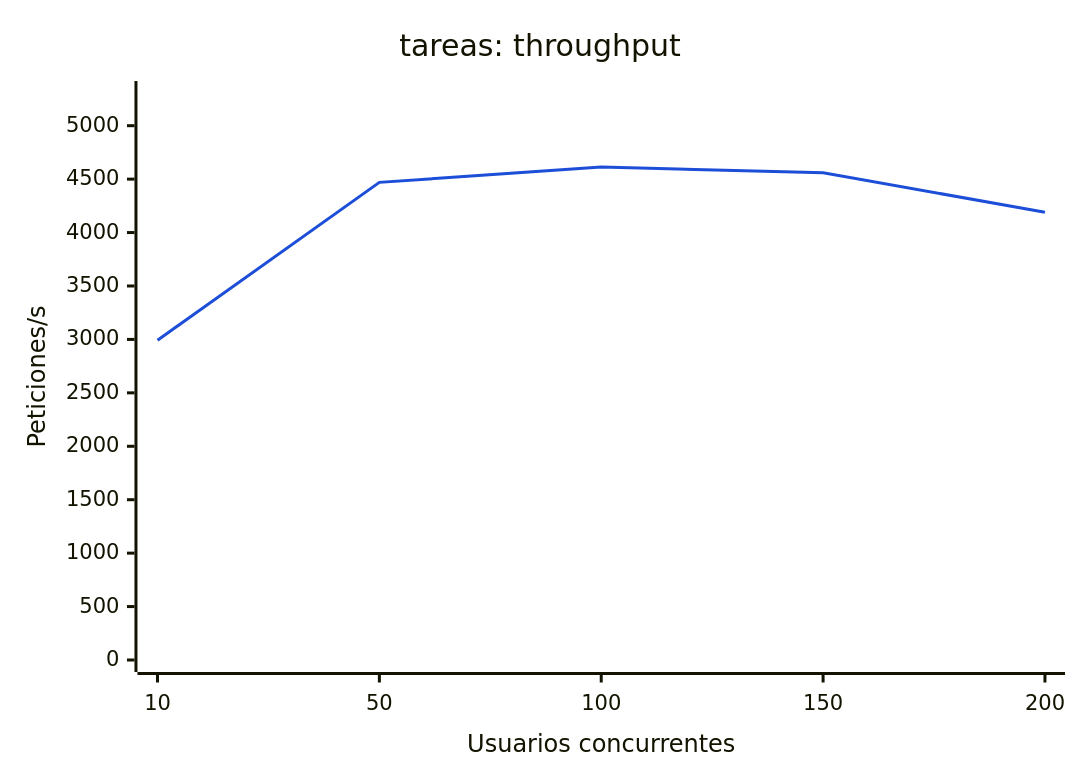
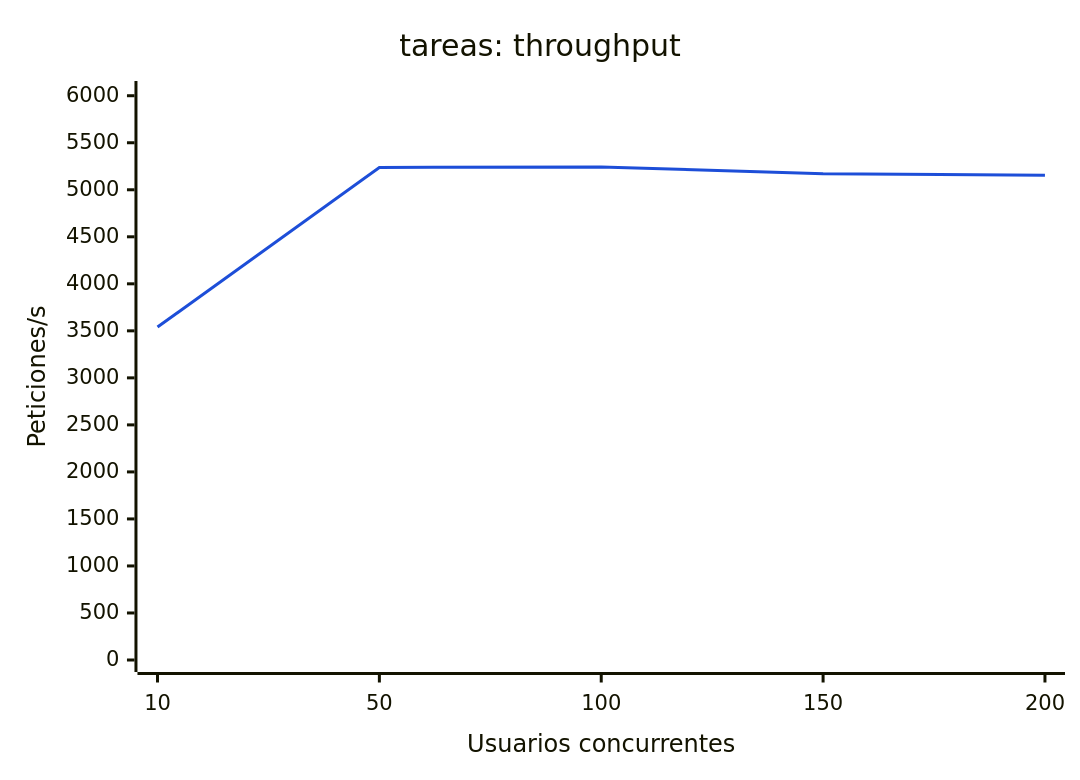
Before and after one commit to JuanVargas0325/Prueba: the fifth of 6 diagrams in pruebas-carga/resultados/resumen.md, drawn with Mermaid. The commit also changed other lines of this file and 110 other files, not shown here.

````diff
--- a/pruebas-carga/resultados/resumen.md
+++ b/pruebas-carga/resultados/resumen.md
@@ -73,8 +73,8 @@
 ```mermaid
 %%{init: {"themeVariables": {"xyChart": {"plotColorPalette": "#1d4ed8"}}}}%%
 xychart-beta
     title "tareas: throughput"
     x-axis "Usuarios concurrentes" [10, 50, 100, 150, 200]
-    y-axis "Peticiones/s" 0 --> 5306
-    line [2992.6, 4469.7, 4613.8, 4559.9, 4190.0]
+    y-axis "Peticiones/s" 0 --> 6029
+    line [3540.1, 5237.0, 5242.2, 5169.9, 5153.3]
 ```
````
